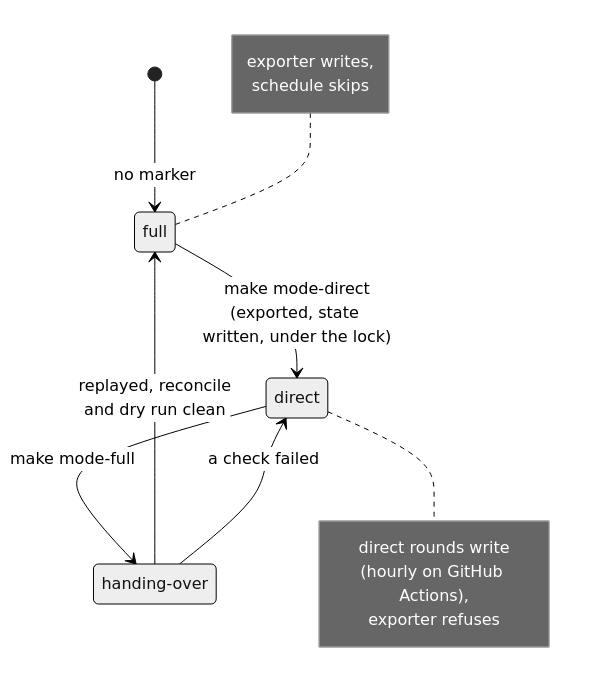
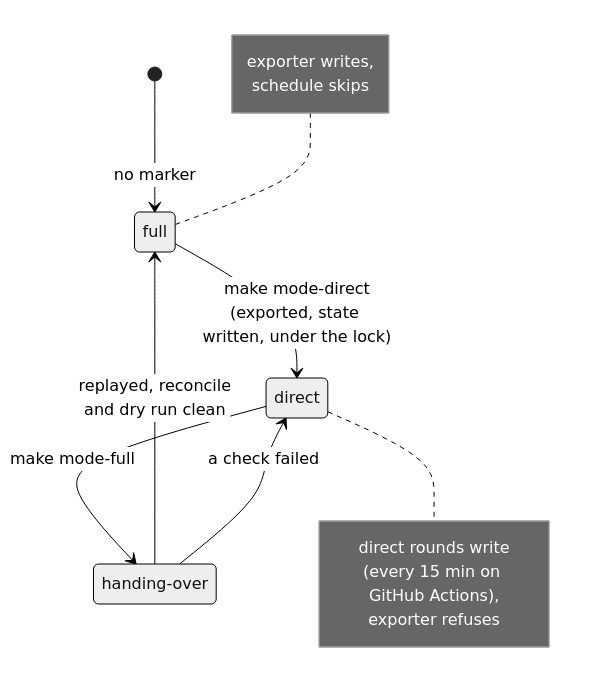
One commit to dienarvaez1/earth-hub changed the fourth of 8 diagrams in docs/technical/architecture.md. Above: the diagram before and after it, drawn with Mermaid (neutral theme). The commit also changed other lines of this file and 30 other files, not shown here.

First line of the commit message:
feat: MIT license, release script, direct mode every 15 minutes, no preview label; DEF-051 (#38)

````diff
--- a/docs/technical/architecture.md
+++ b/docs/technical/architecture.md
@@ -229,12 +229,12 @@
 ```mermaid
 stateDiagram-v2
     direction TB
     [*] --> full: no marker
     full --> direct: make mode-direct<br/>(exported, state written, under the lock)
     direct --> handing_over: make mode-full
     handing_over --> full: replayed, reconcile<br/>and dry run clean
     handing_over --> direct: a check failed
     state "handing-over" as handing_over
     note left of full: exporter writes,<br/>schedule skips
-    note right of direct: direct rounds write<br/>(hourly on GitHub Actions),<br/>exporter refuses
+    note right of direct: direct rounds write<br/>(every 15 min on GitHub Actions),<br/>exporter refuses
 ```
````
